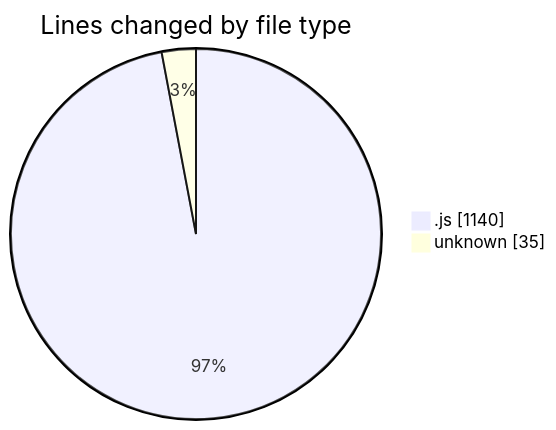
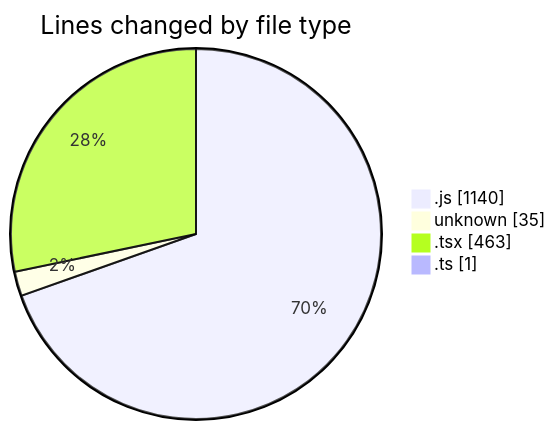
The first of 2 diagrams in 2025-08-06/napxuvn/README.md (lephambinh05/code-tracking), drawn with Mermaid before and after one commit. The commit also changed other lines of this file and 1 other file, not shown here.

````diff
--- a/2025-08-06/napxuvn/README.md
+++ b/2025-08-06/napxuvn/README.md
@@ -27,6 +34,8 @@
 ```mermaid
 pie showData
 title Lines changed by file type
 ".js" : 1140
 "unknown" : 35
+".tsx" : 463
+".ts" : 1
 ```
````
